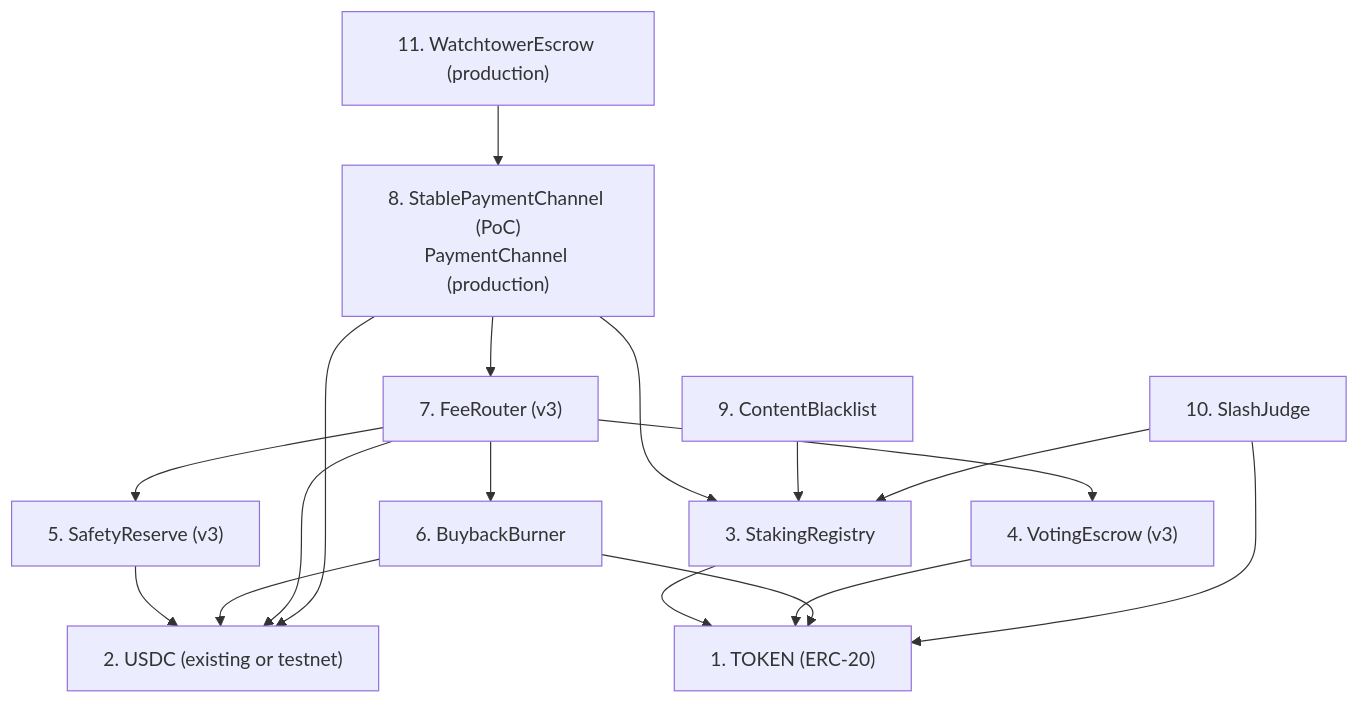
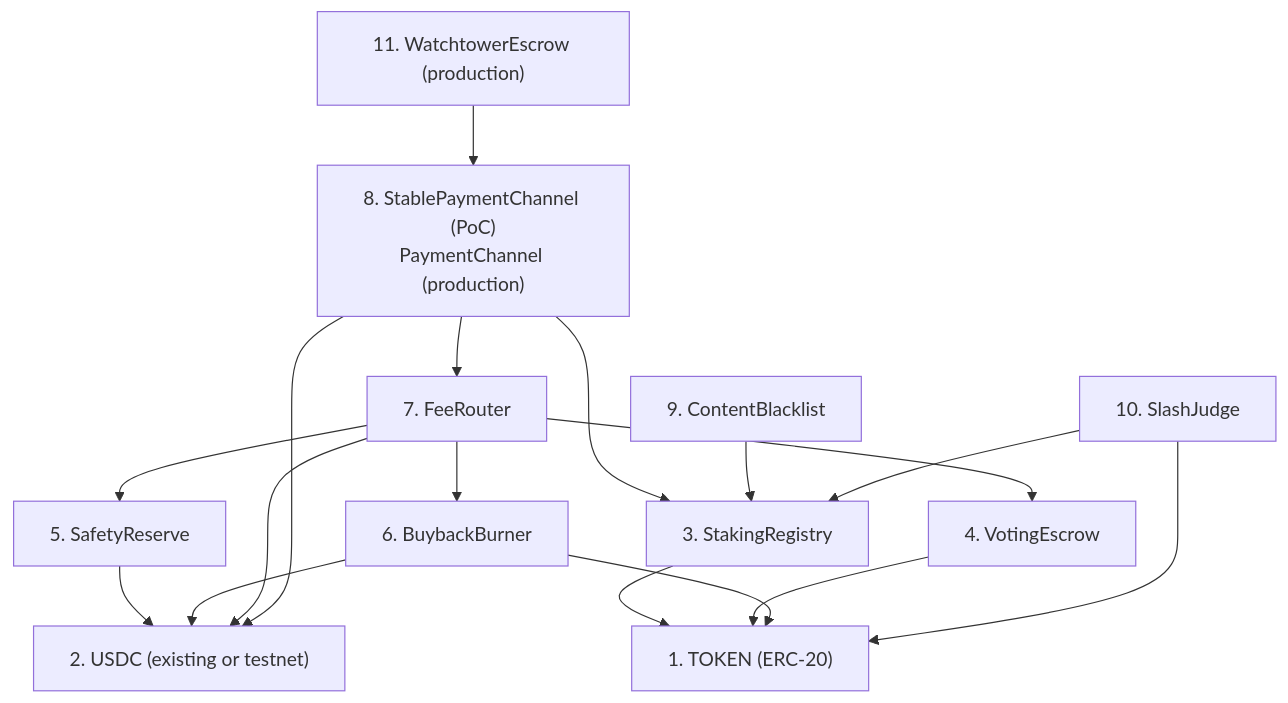
Before and after one commit to decdn/decdn: the second of 5 diagrams in adr/016-contract-interactions.md, drawn with Mermaid. The commit also changed other lines of this file and 6 other files, not shown here.

````diff
--- a/adr/016-contract-interactions.md
+++ b/adr/016-contract-interactions.md
@@ -105,31 +105,31 @@
 ```mermaid
 graph TD
     TOKEN["1. TOKEN (ERC-20)"]
     USDC["2. USDC (existing or testnet)"]
     SR["3. StakingRegistry"]
-    VE["4. VotingEscrow (v3)"]
-    SAFE["5. SafetyReserve (v3)"]
+    VE["4. VotingEscrow"]
+    SAFE["5. SafetyReserve"]
     BB["6. BuybackBurner"]
-    FR["7. FeeRouter (v3)"]
+    FR["7. FeeRouter"]
     SPC["8. StablePaymentChannel (PoC)<br/>PaymentChannel (production)"]
     CB["9. ContentBlacklist"]
     SJ["10. SlashJudge"]
     WE["11. WatchtowerEscrow (production)"]
 
     SR --> TOKEN
     VE --> TOKEN
     SAFE --> USDC
     BB --> TOKEN
     BB --> USDC
     FR --> USDC
     FR --> BB
     FR --> SAFE
     FR --> VE
     SPC --> USDC
     SPC --> SR
     SPC --> FR
     CB --> SR
     SJ --> SR
     SJ --> TOKEN
     WE --> SPC
 ```
````
